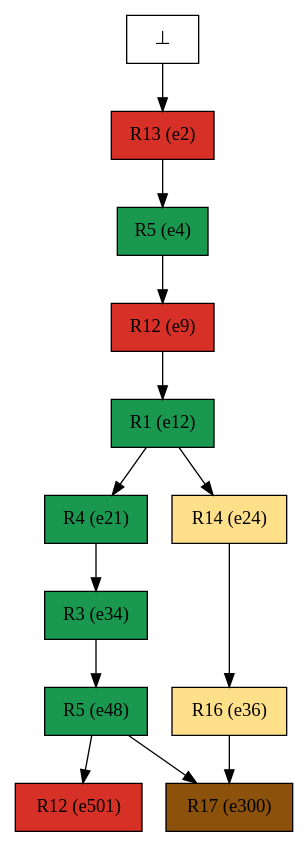
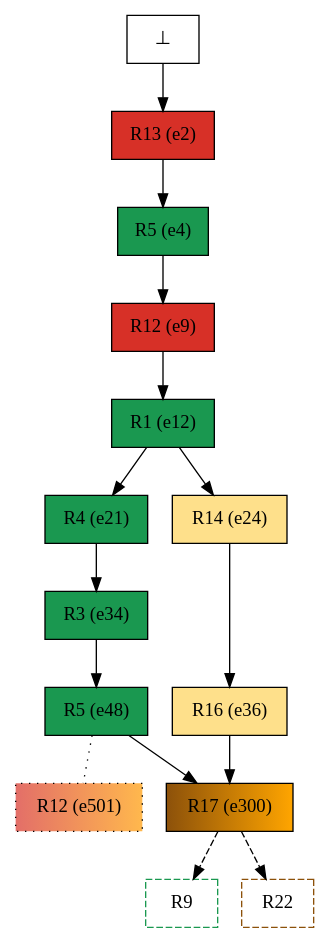
The diagram in examples/oursin_tasmanie/mrk_instances/alg2urc/mindoo_confs/04_mindoo_conf_colored.dot (giannkas/ecofolder), drawn with Graphviz before and after one commit. The commit also changed 58 other files, not shown here.

```diff
--- a/examples/oursin_tasmanie/mrk_instances/alg2urc/mindoo_confs/04_mindoo_conf_colored.dot
+++ b/examples/oursin_tasmanie/mrk_instances/alg2urc/mindoo_confs/04_mindoo_conf_colored.dot
@@ -1,26 +1,30 @@
 digraph test {
   e2 -> e4;
   e4 -> e9;
   e9 -> e12;
   e12 -> e21;
   e12 -> e24;
   e21 -> e34;
   e24 -> e36;
   e34 -> e48;
   e36 -> e300;
   e48 -> e300;
-  e48 -> e501;
+  e48 -> e501 [arrowhead=none style=dotted];
+  e300 -> r9 [color="black" style=dashed];
+  e300 -> r22 [color="black" style=dashed];
   e0 -> e2;
   e2 [color="black" fillcolor="#d73027:#d73027" label="R13 (e2)" shape=box style=filled];
   e4 [color="black" fillcolor="#1a9850:#1a9850" label="R5 (e4)" shape=box style=filled];
   e9 [color="black" fillcolor="#d73027:#d73027" label="R12 (e9)" shape=box style=filled];
   e12 [color="black" fillcolor="#1a9850:#1a9850" label="R1 (e12)" shape=box style=filled];
   e21 [color="black" fillcolor="#1a9850:#1a9850" label="R4 (e21)" shape=box style=filled];
   e24 [color="black" fillcolor="#fee08b:#fee08b" label="R14 (e24)" shape=box style=filled];
   e34 [color="black" fillcolor="#1a9850:#1a9850" label="R3 (e34)" shape=box style=filled];
   e36 [color="black" fillcolor="#fee08b:#fee08b" label="R16 (e36)" shape=box style=filled];
   e48 [color="black" fillcolor="#1a9850:#1a9850" label="R5 (e48)" shape=box style=filled];
-  e300 [color="black" fillcolor="#8c510a:#8c510a" label="R17 (e300)" shape=box style=filled];
-  e501 [color="black" fillcolor="#d73027:#d73027" label="R12 (e501)" shape=box style=filled];
+  e300 [color="black" fillcolor="#8c510a:orange" label="R17 (e300)" shape=box style=filled];
+  e501 [color="black" fillcolor="#d73027b2:#ff9900b2" label="R12 (e501)" shape=box style="filled,dotted"];
   e0 [fillcolor="white" label="⊥" shape=box style=filled];
+  r9 [fillcolor="transparent" color="#1a9850" label=R9 shape=box style=dashed];
+  r22 [fillcolor="transparent" color="#8c510a" label=R22 shape=box style=dashed];
 }
```
